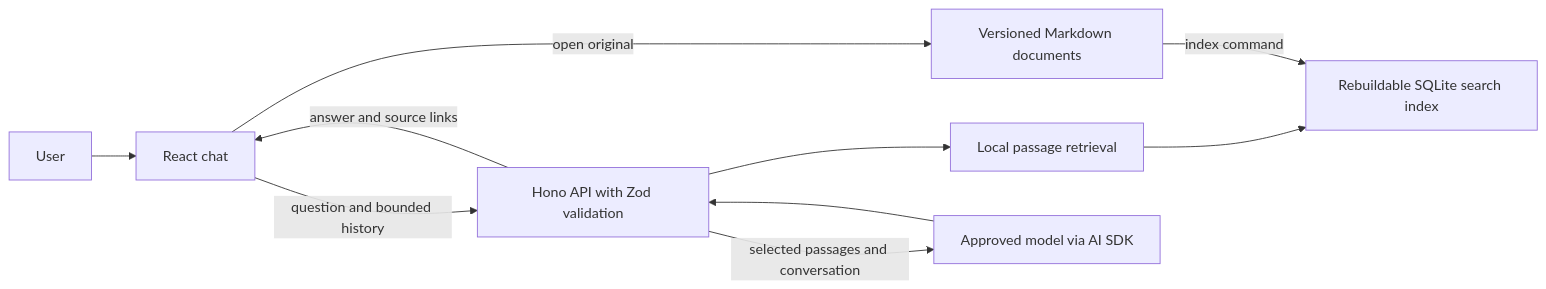
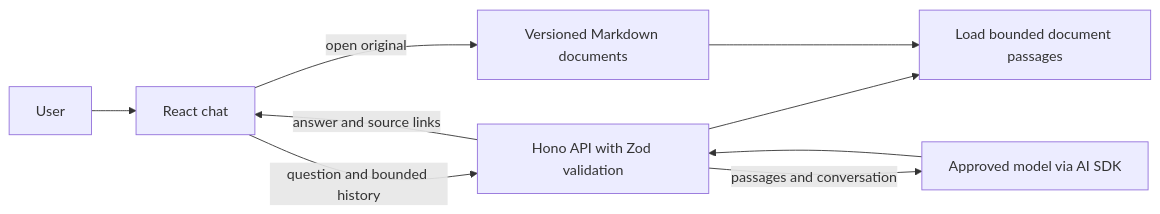
One commit to luisleitonflores09/ai-first-team-9 changed the diagram in docs/architecture.md. Above: the diagram before and after it, drawn with Mermaid. The commit also changed other lines of this file and 13 other files, not shown here.

````diff
--- a/docs/architecture.md
+++ b/docs/architecture.md
@@ -3,12 +3,11 @@
 ```mermaid
 flowchart LR
   U[User] --> W[React chat]
   W -->|question and bounded history| A[Hono API with Zod validation]
-  A --> R[Local passage retrieval]
-  R --> I[Rebuildable SQLite search index]
-  K[Versioned Markdown documents] -->|index command| I
-  A -->|selected passages and conversation| M[Approved model via AI SDK]
+  A --> R[Load bounded document passages]
+  K[Versioned Markdown documents] --> R
+  A -->|passages and conversation| M[Approved model via AI SDK]
   M --> A
   A -->|answer and source links| W
   W -->|open original| K
 ```
````
